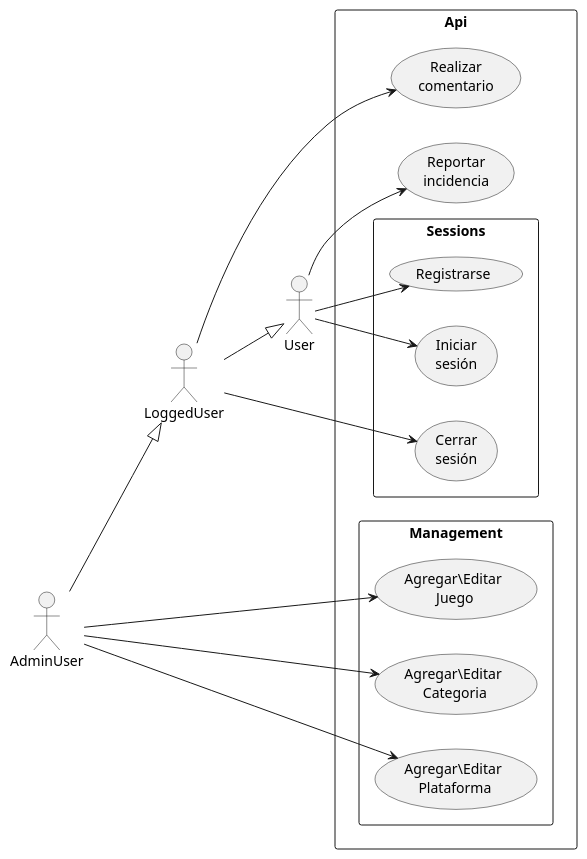
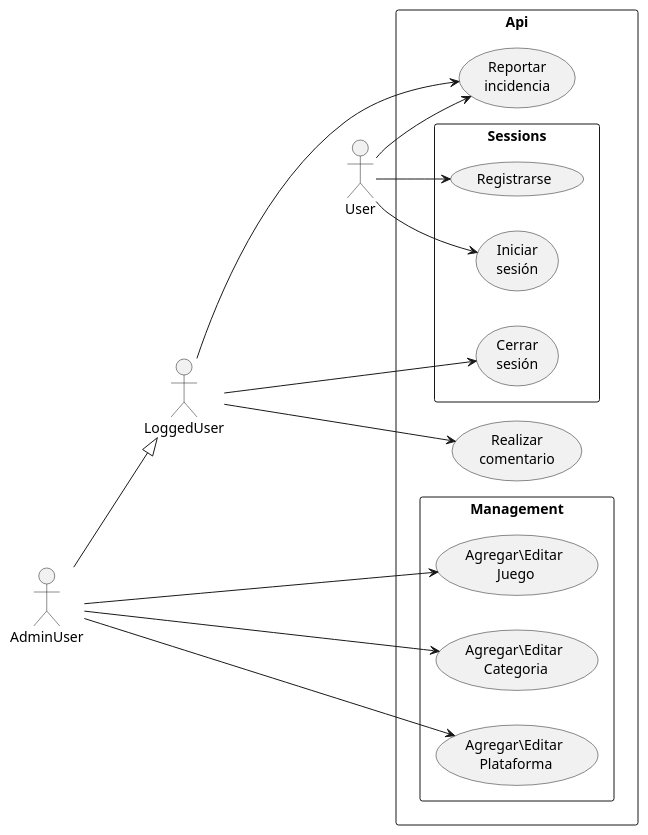
The diagram in docs/diagrams/src/UseCaseDiagram.pu (DainWs/VoidEyeGames), drawn with PlantUML before and after one commit. The commit also changed 2 other files, not shown here.

Commit message:
Update-diagrams-plantuml

```diff
--- a/docs/diagrams/src/UseCaseDiagram.pu
+++ b/docs/diagrams/src/UseCaseDiagram.pu
@@ -1,32 +1,32 @@
 @startuml Use Case Diagram
 left to right direction
 rectangle Api {
  rectangle Sessions { 
   usecase (Registrarse)
   usecase (Iniciar\nsesión)
   usecase (Cerrar\nsesión)
  }
 
  rectangle Management {
   usecase (Agregar\Editar\n Juego)
   usecase (Agregar\Editar\n Categoria)
   usecase (Agregar\Editar\n Plataforma)
  }
 
  usecase (Reportar\nincidencia)
  usecase (Realizar\ncomentario)
 }
 
 :User: --> (Registrarse)
 :User: --> (Iniciar\nsesión)
 :User: --> (Reportar\nincidencia)
 
-:LoggedUser: --|> :User:
+:LoggedUser: ----> (Reportar\nincidencia)
 :LoggedUser: --> (Cerrar\nsesión)
 :LoggedUser: --> (Realizar\ncomentario)
 
 :AdminUser: --|> :LoggedUser:
 :AdminUser: --> (Agregar\Editar\n Juego)
 :AdminUser: --> (Agregar\Editar\n Categoria)
 :AdminUser: --> (Agregar\Editar\n Plataforma)
 @enduml
```
